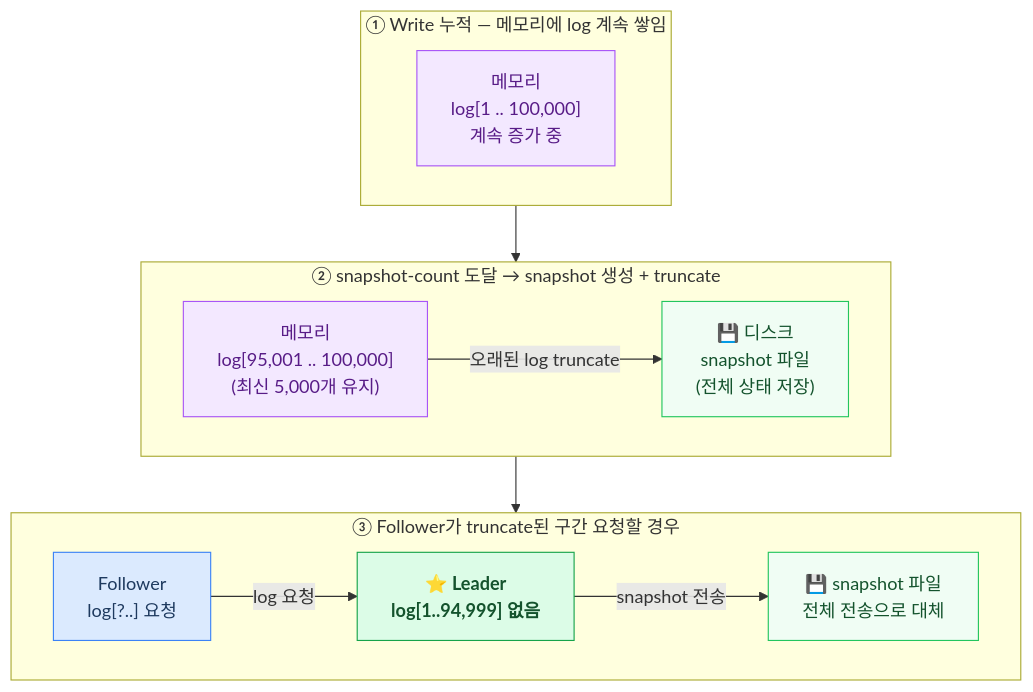
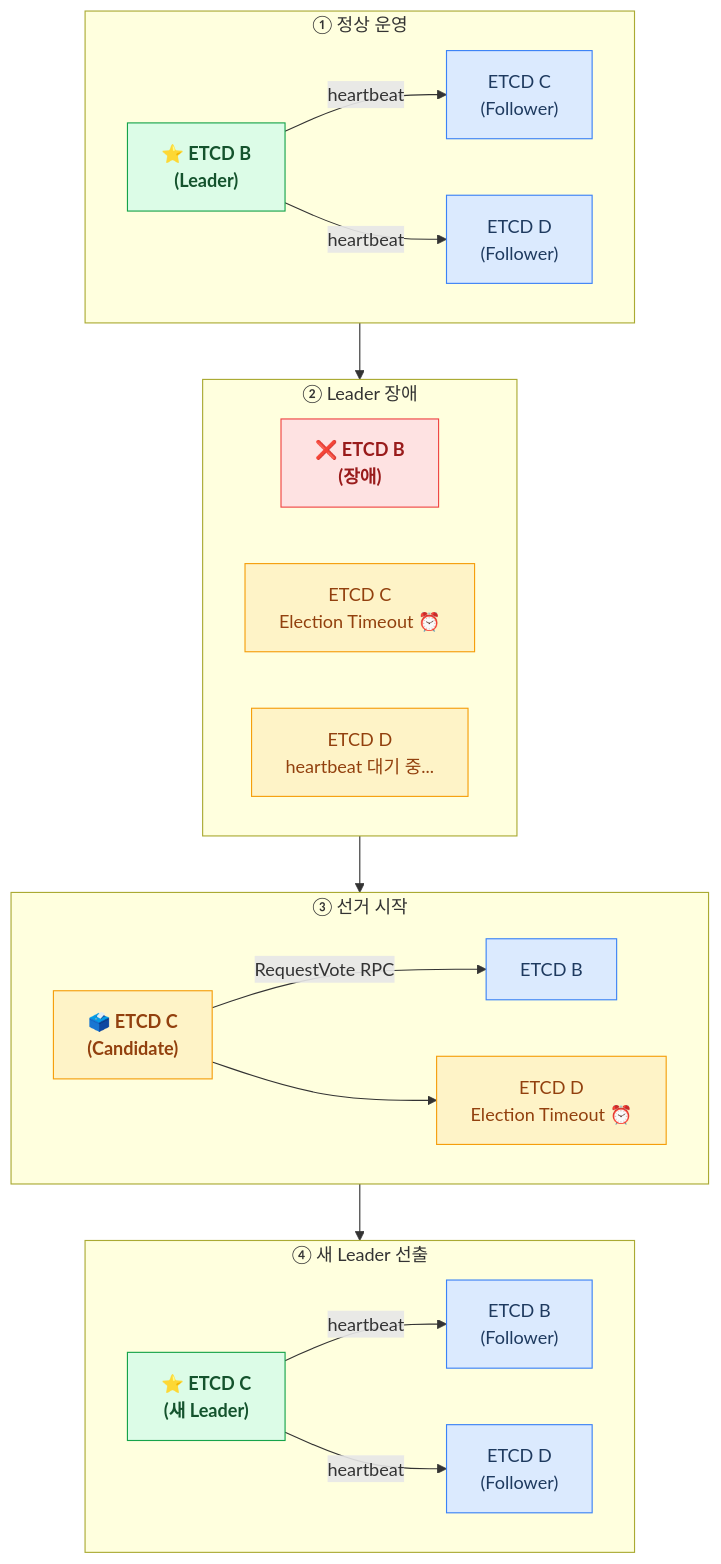
Diagram 12 of 15 in _posts/2026-03-14-etcd-fail-senario.md (bianbbc87/bianbbc87.github.io), drawn with Mermaid before and after one commit. The commit also changed other lines of this file, not shown here.

Commit message:
docs: etcd 장애 시나리오

````diff
--- a/_posts/2026-03-14-etcd-fail-senario.md
+++ b/_posts/2026-03-14-etcd-fail-senario.md
@@ -1034,26 +568,45 @@
 ```mermaid
 graph TB
-    subgraph lg1["① Write 누적 — 메모리에 log 계속 쌓임"]
+    subgraph step1["① 정상 운영"]
         direction LR
-        lg_mem1["메모리<br/>log[1 .. 100,000]<br/>계속 증가 중"]:::memory
+        B1["⭐ ETCD B<br/>(Leader)"]:::leader
+        C1a["ETCD C<br/>(Follower)"]:::follower
+        C1b["ETCD D<br/>(Follower)"]:::follower
+        B1 -->|heartbeat| C1a
+        B1 -->|heartbeat| C1b
     end
-    subgraph lg2["② snapshot-count 도달 → snapshot 생성 + truncate"]
+
+    subgraph step2["② Leader 장애"]
         direction LR
-        lg_mem2["메모리<br/>log[95,001 .. 100,000]<br/>(최신 5,000개 유지)"]:::memory
-        lg_disk2["💾 디스크<br/>snapshot 파일<br/>(전체 상태 저장)"]:::disk
-        lg_mem2 -->|"오래된 log truncate"| lg_disk2
+        B2["❌ ETCD B<br/>(장애)"]:::failure
+        C2a["ETCD C<br/>Election Timeout ⏰"]:::timeout
+        C2b["ETCD D<br/>heartbeat 대기 중..."]:::timeout
     end
-    subgraph lg3["③ Follower가 truncate된 구간 요청할 경우"]
+
+    subgraph step3["③ 선거 시작"]
         direction LR
-        lg_l3["⭐ Leader<br/>log[1..94,999] 없음"]:::leader
-        lg_f3["Follower<br/>log[?..] 요청"]:::follower
-        lg_snap3["💾 snapshot 파일<br/>전체 전송으로 대체"]:::disk
-        lg_f3 -->|"log 요청"| lg_l3
-        lg_l3 -->|"snapshot 전송"| lg_snap3
+        C3a["🗳️ ETCD C<br/>(Candidate)"]:::candidate
+        B3["ETCD B"]:::normal
+        C3b["ETCD D<br/>Election Timeout ⏰"]:::timeout
+        C3a -->|"RequestVote RPC"| B3
+        C3a --> C3b
     end
-    lg1 --> lg2 --> lg3
-    classDef memory fill:#f3e8ff,stroke:#a855f7,color:#581c87
-    classDef disk fill:#f0fdf4,stroke:#22c55e,color:#14532d
+
+    subgraph step4["④ 새 Leader 선출"]
+        direction LR
+        C4a["⭐ ETCD C<br/>(새 Leader)"]:::leader
+        B4["ETCD B<br/>(Follower)"]:::follower
+        C4b["ETCD D<br/>(Follower)"]:::follower
+        C4a -->|heartbeat| B4
+        C4a -->|heartbeat| C4b
+    end
+
+    step1 --> step2 --> step3 --> step4
+
     classDef leader fill:#dcfce7,stroke:#16a34a,color:#14532d,font-weight:bold
     classDef follower fill:#dbeafe,stroke:#3b82f6,color:#1e3a5f
+    classDef failure fill:#fee2e2,stroke:#ef4444,color:#991b1b,font-weight:bold
+    classDef timeout fill:#fef3c7,stroke:#f59e0b,color:#92400e
+    classDef candidate fill:#fef3c7,stroke:#f59e0b,color:#92400e,font-weight:bold
+    classDef normal fill:#dbeafe,stroke:#3b82f6,color:#1e3a5f
 ```
````
